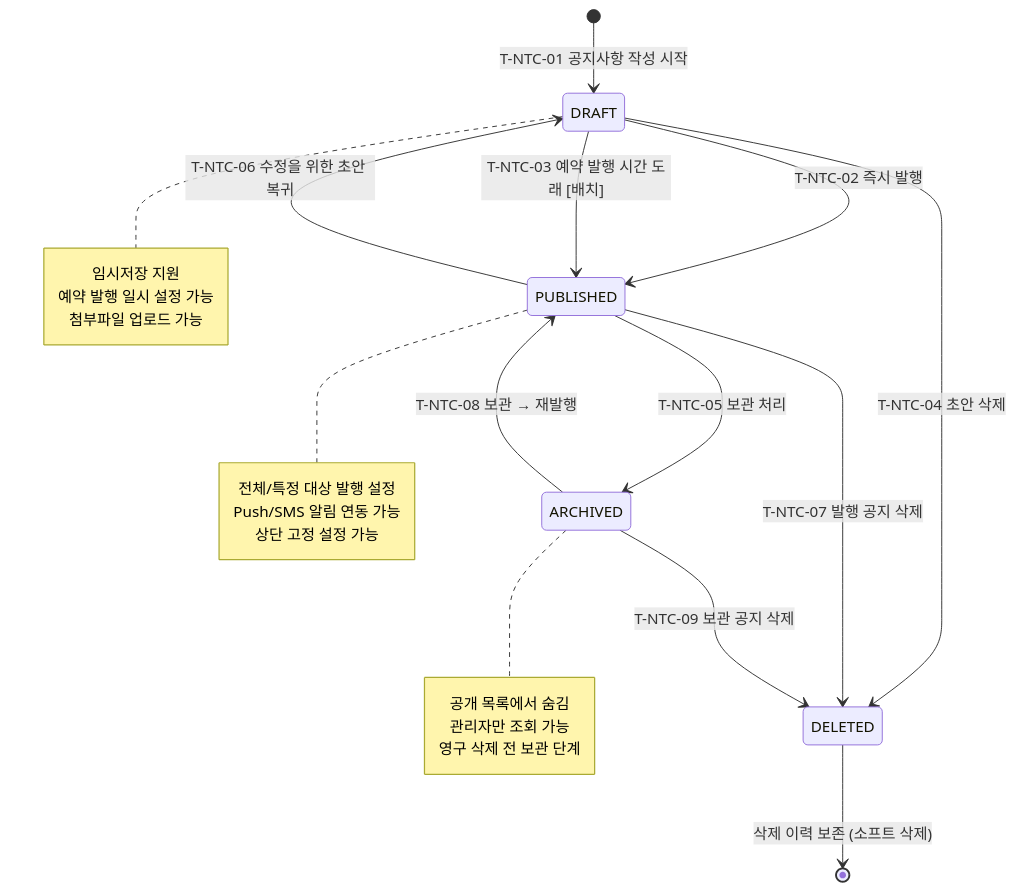
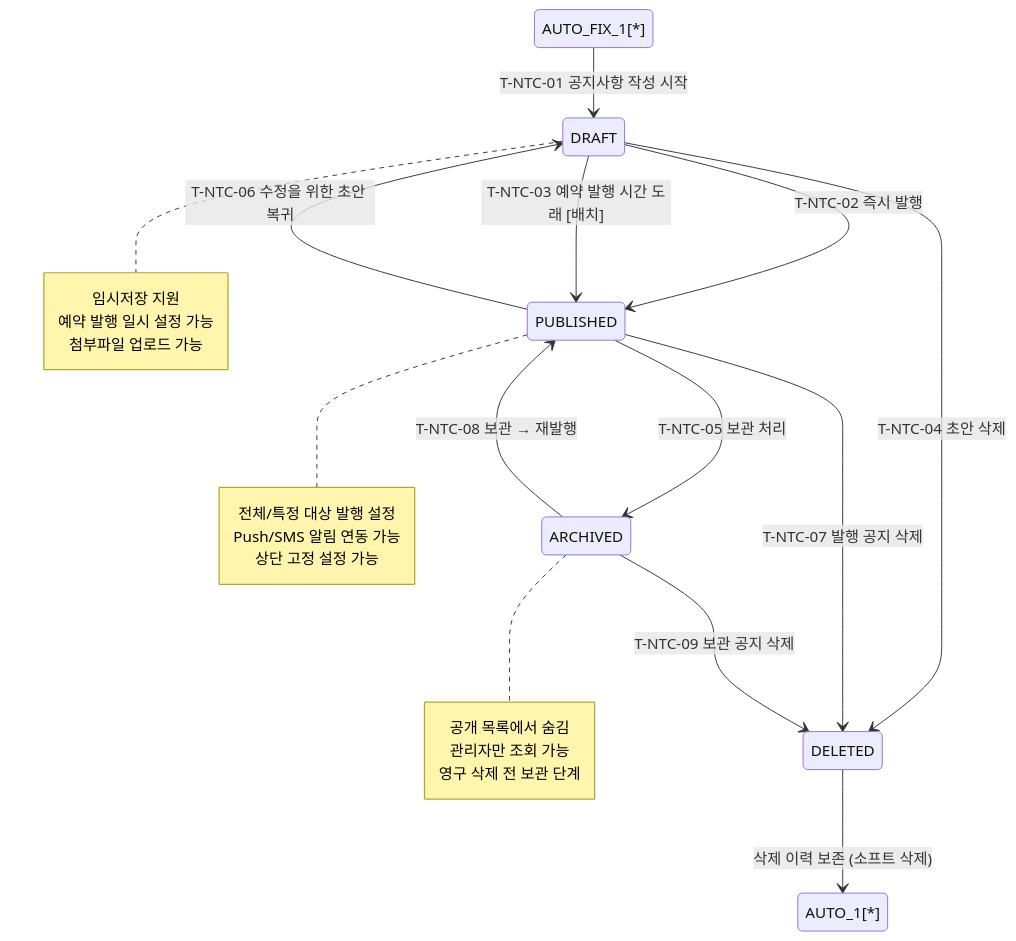
One commit to dev-spogym/admin-pando changed the diagram in docs/admin/다이어그램/20_상태전이도/20-12_NoticeStatus.md. Above: the diagram before and after it, drawn with Mermaid. The commit also changed 369 other files, not shown here.

````diff
--- a/docs/admin/다이어그램/20_상태전이도/20-12_NoticeStatus.md
+++ b/docs/admin/다이어그램/20_상태전이도/20-12_NoticeStatus.md
@@ -31,35 +31,35 @@
 ```mermaid
 stateDiagram-v2
-    [*] --> DRAFT : T-NTC-01 공지사항 작성 시작
+    AUTO_FIX_1[*] --> DRAFT : T-NTC-01 공지사항 작성 시작
 
     DRAFT --> PUBLISHED : T-NTC-02 즉시 발행
     DRAFT --> PUBLISHED : T-NTC-03 예약 발행 시간 도래 [배치]
     DRAFT --> DELETED : T-NTC-04 초안 삭제
 
     PUBLISHED --> ARCHIVED : T-NTC-05 보관 처리
     PUBLISHED --> DRAFT : T-NTC-06 수정을 위한 초안 복귀
     PUBLISHED --> DELETED : T-NTC-07 발행 공지 삭제
 
     ARCHIVED --> PUBLISHED : T-NTC-08 보관 → 재발행
     ARCHIVED --> DELETED : T-NTC-09 보관 공지 삭제
 
-    DELETED --> [*] : 삭제 이력 보존 (소프트 삭제)
+    DELETED --> AUTO_1[*] : 삭제 이력 보존 (소프트 삭제)
 
     note right of DRAFT
         임시저장 지원
         예약 발행 일시 설정 가능
         첨부파일 업로드 가능
     end note
 
     note right of PUBLISHED
         전체/특정 대상 발행 설정
         Push/SMS 알림 연동 가능
         상단 고정 설정 가능
     end note
 
     note right of ARCHIVED
         공개 목록에서 숨김
         관리자만 조회 가능
         영구 삭제 전 보관 단계
     end note
 ```
````
